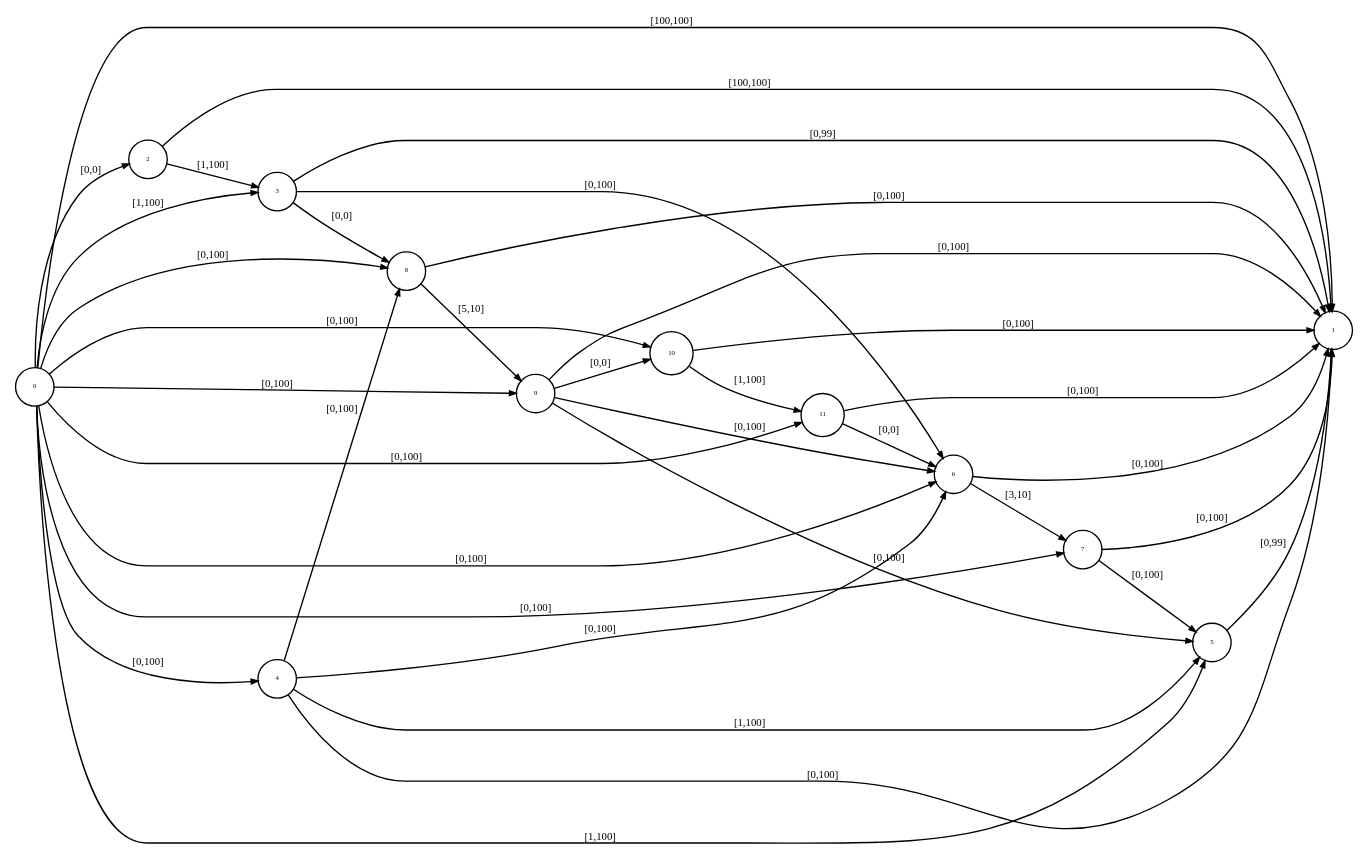
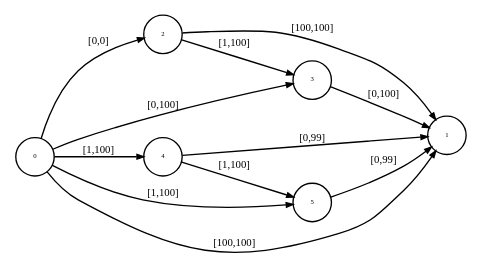
One commit to pstlab/roxanne_rosjava changed the diagram in stnu.dot. Above: the diagram before and after it, drawn with Graphviz. The commit also changed 6 other files, not shown here.

```diff
--- a/stnu.dot
+++ b/stnu.dot
@@ -1,39 +1,15 @@
 digraph stnu {
 	rankdir=LR;
 	node [with=.2, height=.2, fontsize=5, shape=circle, style=filled, fillcolor=white];	2 -> 1 [fontsize=8, arrowsize= .5, label = "[100,100]"];
 	2 -> 3 [fontsize=8, arrowsize= .5, label = "[1,100]"];
-	3 -> 1 [fontsize=8, arrowsize= .5, label = "[0,99]"];
-	3 -> 6 [fontsize=8, arrowsize= .5, label = "[0,100]"];
-	3 -> 8 [fontsize=8, arrowsize= .5, label = "[0,0]"];
-	4 -> 1 [fontsize=8, arrowsize= .5, label = "[0,100]"];
+	3 -> 1 [fontsize=8, arrowsize= .5, label = "[0,100]"];
+	4 -> 1 [fontsize=8, arrowsize= .5, label = "[0,99]"];
 	4 -> 5 [fontsize=8, arrowsize= .5, label = "[1,100]"];
-	4 -> 6 [fontsize=8, arrowsize= .5, label = "[0,100]"];
-	4 -> 8 [fontsize=8, arrowsize= .5, label = "[0,100]"];
 	5 -> 1 [fontsize=8, arrowsize= .5, label = "[0,99]"];
-	6 -> 1 [fontsize=8, arrowsize= .5, label = "[0,100]"];
-	6 -> 7 [fontsize=8, arrowsize= .5, label = "[3,10]"];
-	7 -> 1 [fontsize=8, arrowsize= .5, label = "[0,100]"];
-	7 -> 5 [fontsize=8, arrowsize= .5, label = "[0,100]"];
-	8 -> 1 [fontsize=8, arrowsize= .5, label = "[0,100]"];
-	8 -> 9 [fontsize=8, arrowsize= .5, label = "[5,10]"];
-	9 -> 1 [fontsize=8, arrowsize= .5, label = "[0,100]"];
-	9 -> 5 [fontsize=8, arrowsize= .5, label = "[0,100]"];
-	9 -> 6 [fontsize=8, arrowsize= .5, label = "[0,100]"];
-	9 -> 10 [fontsize=8, arrowsize= .5, label = "[0,0]"];
-	10 -> 1 [fontsize=8, arrowsize= .5, label = "[0,100]"];
-	10 -> 11 [fontsize=8, arrowsize= .5, label = "[1,100]"];
-	11 -> 1 [fontsize=8, arrowsize= .5, label = "[0,100]"];
-	11 -> 6 [fontsize=8, arrowsize= .5, label = "[0,0]"];
 	0 -> 1 [fontsize=8, arrowsize= .5, label = "[100,100]"];
 	0 -> 2 [fontsize=8, arrowsize= .5, label = "[0,0]"];
-	0 -> 3 [fontsize=8, arrowsize= .5, label = "[1,100]"];
-	0 -> 4 [fontsize=8, arrowsize= .5, label = "[0,100]"];
+	0 -> 3 [fontsize=8, arrowsize= .5, label = "[0,100]"];
+	0 -> 4 [fontsize=8, arrowsize= .5, label = "[1,100]"];
 	0 -> 5 [fontsize=8, arrowsize= .5, label = "[1,100]"];
-	0 -> 6 [fontsize=8, arrowsize= .5, label = "[0,100]"];
-	0 -> 7 [fontsize=8, arrowsize= .5, label = "[0,100]"];
-	0 -> 8 [fontsize=8, arrowsize= .5, label = "[0,100]"];
-	0 -> 9 [fontsize=8, arrowsize= .5, label = "[0,100]"];
-	0 -> 10 [fontsize=8, arrowsize= .5, label = "[0,100]"];
-	0 -> 11 [fontsize=8, arrowsize= .5, label = "[0,100]"];
 
 }
```
